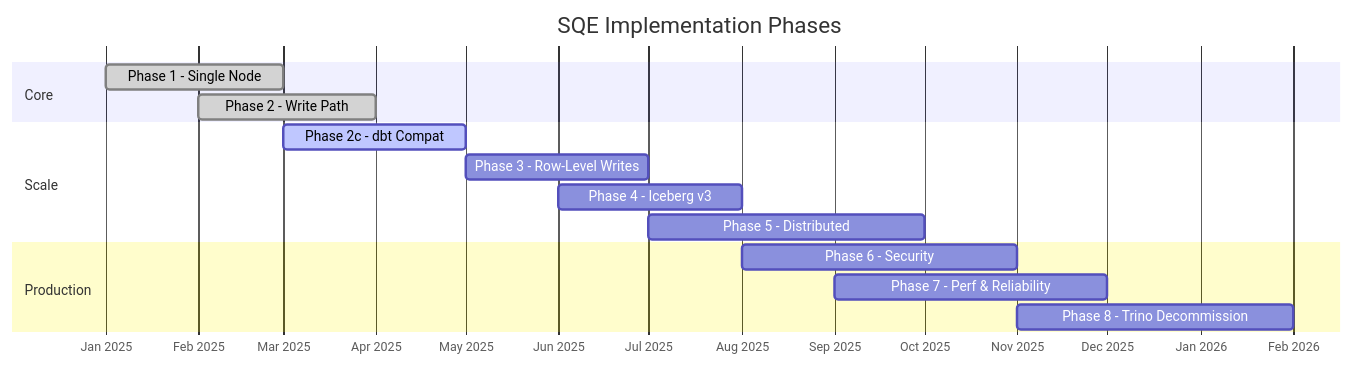
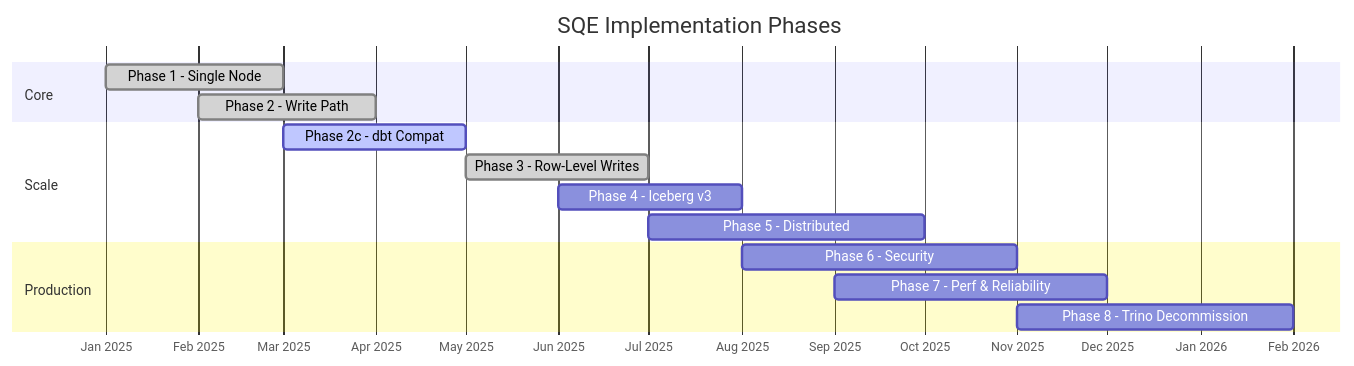
Before and after one commit to schubergphilis/sqe: the first of 4 diagrams in docs/book/src/development/roadmap.md, drawn with Mermaid. The commit also changed other lines of this file and 10 other files, not shown here.

````diff
--- a/docs/book/src/development/roadmap.md
+++ b/docs/book/src/development/roadmap.md
@@ -7,21 +7,21 @@
 ```mermaid
 gantt
     title SQE Implementation Phases
     dateFormat YYYY-MM
     axisFormat %b %Y
 
     section Core
     Phase 1 - Single Node        :done, p1, 2025-01, 2025-03
     Phase 2 - Write Path         :done, p2, 2025-02, 2025-04
 
     section Scale
     Phase 2c - dbt Compat        :active, p2c, 2025-03, 2025-05
-    Phase 3 - Row-Level Writes   :p3, 2025-05, 2025-07
+    Phase 3 - Row-Level Writes   :done, p3, 2025-05, 2025-07
     Phase 4 - Iceberg v3         :p4, 2025-06, 2025-08
     Phase 5 - Distributed        :p5, 2025-07, 2025-10
 
     section Production
     Phase 6 - Security           :p6, 2025-08, 2025-11
     Phase 7 - Perf & Reliability :p7, 2025-09, 2025-12
     Phase 8 - Trino Decommission :p8, 2025-11, 2026-02
 ```
````
